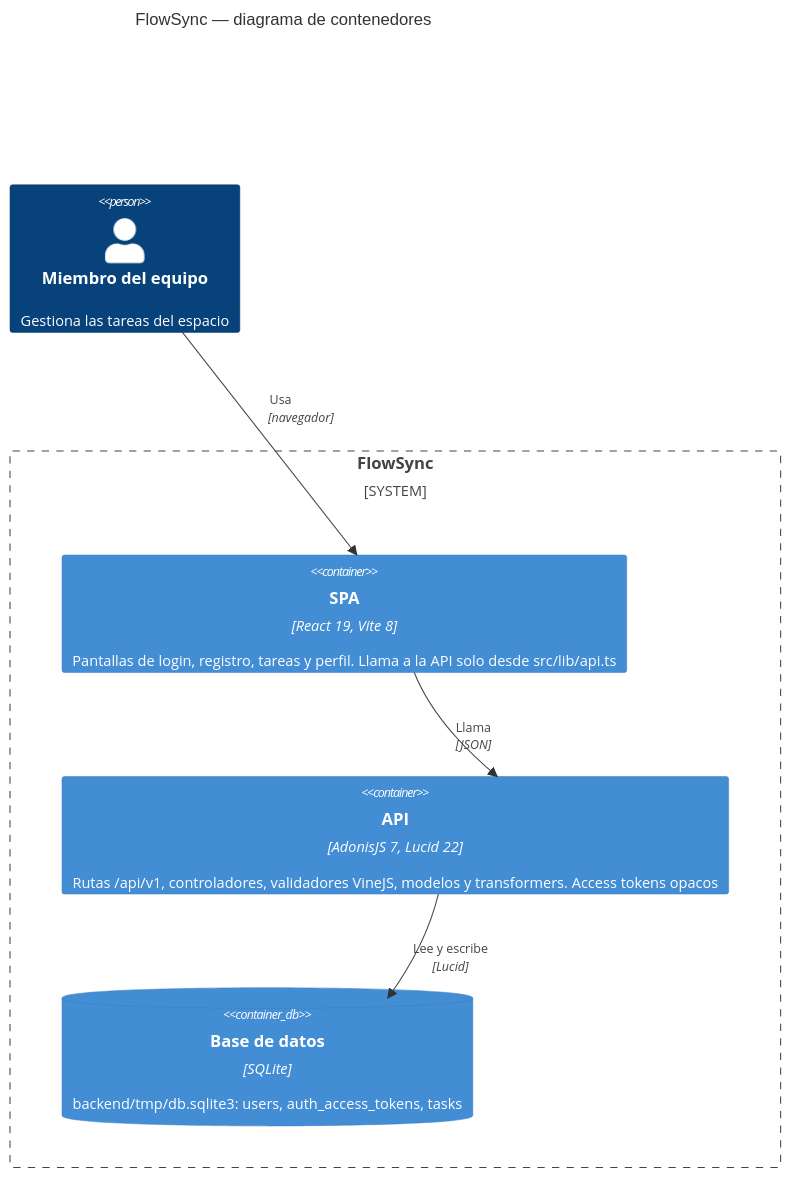
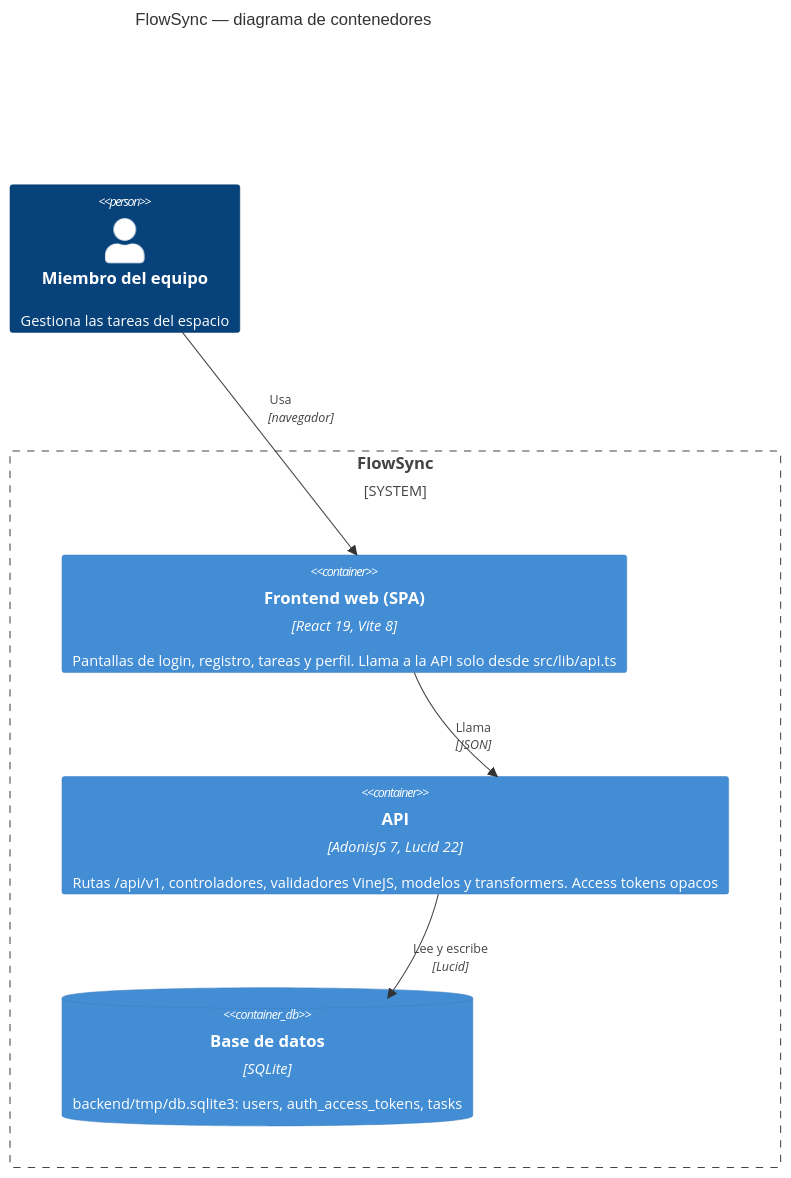
The diagram in docs/architecture.md (ebaudet/flowsync-ai4devs-202609-seniors-2), drawn with Mermaid before and after one commit. The commit also changed other lines of this file, not shown here.

Commit message:
docs(architecture): explicar qué es la SPA en el párrafo y en el diagrama
La caja pasa a llamarse «Frontend web (SPA)» y el párrafo define SPA como
aplicación de una sola página que no recarga al cambiar de pantalla.

````diff
--- a/docs/architecture.md
+++ b/docs/architecture.md
@@ -5,19 +5,19 @@
 ```mermaid
 C4Container
     title FlowSync — diagrama de contenedores
 
     Person(user, "Miembro del equipo", "Gestiona las tareas del espacio")
 
     System_Boundary(flowsync, "FlowSync") {
-        Container(spa, "SPA", "React 19, Vite 8", "Pantallas de login, registro, tareas y perfil. Llama a la API solo desde src/lib/api.ts")
+        Container(spa, "Frontend web (SPA)", "React 19, Vite 8", "Pantallas de login, registro, tareas y perfil. Llama a la API solo desde src/lib/api.ts")
         Container(api, "API", "AdonisJS 7, Lucid 22", "Rutas /api/v1, controladores, validadores VineJS, modelos y transformers. Access tokens opacos")
         ContainerDb(db, "Base de datos", "SQLite", "backend/tmp/db.sqlite3: users, auth_access_tokens, tasks")
     }
 
     Rel(user, spa, "Usa", "navegador")
     Rel(spa, api, "Llama", "JSON")
     Rel(api, db, "Lee y escribe", "Lucid")
 
     UpdateRelStyle(user, spa, $offsetY="-45")
     UpdateLayoutConfig($c4ShapeInRow="1", $c4BoundaryInRow="1")
 ```
````
